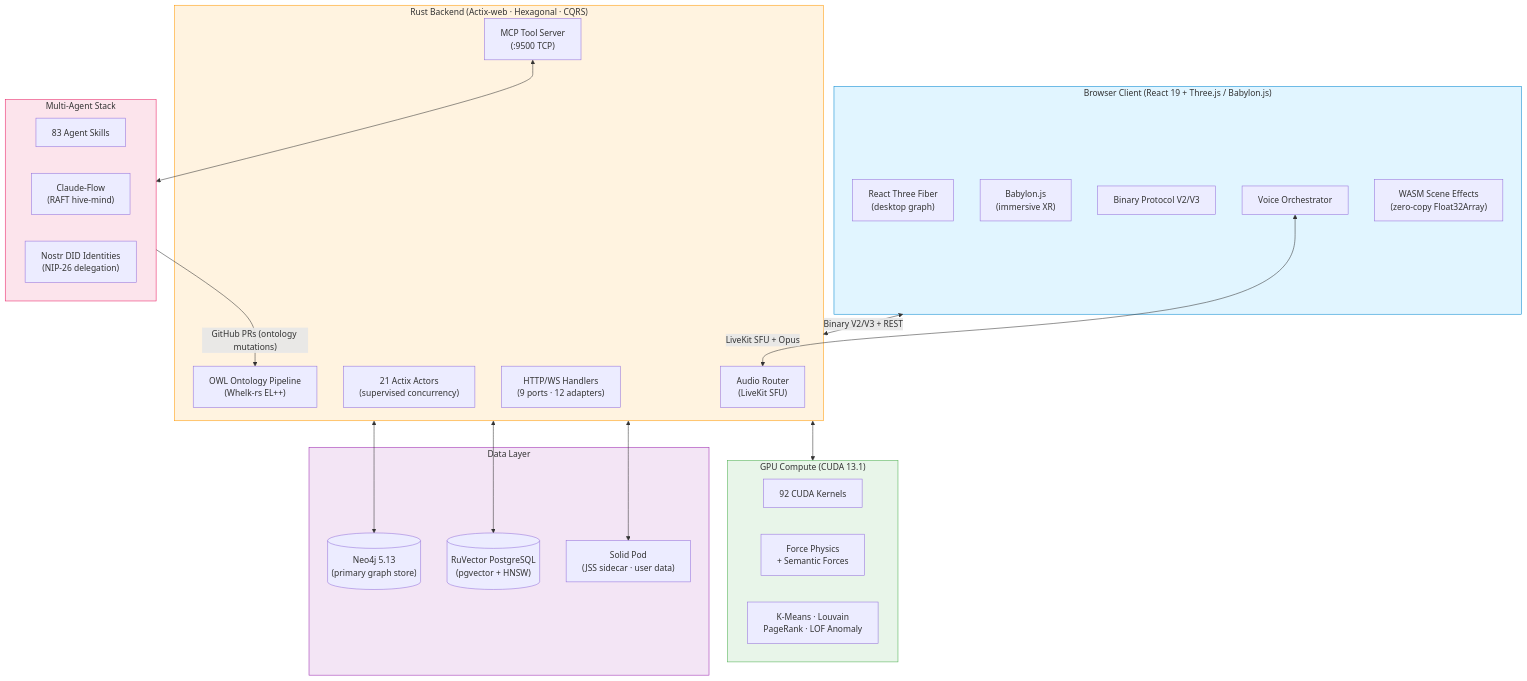
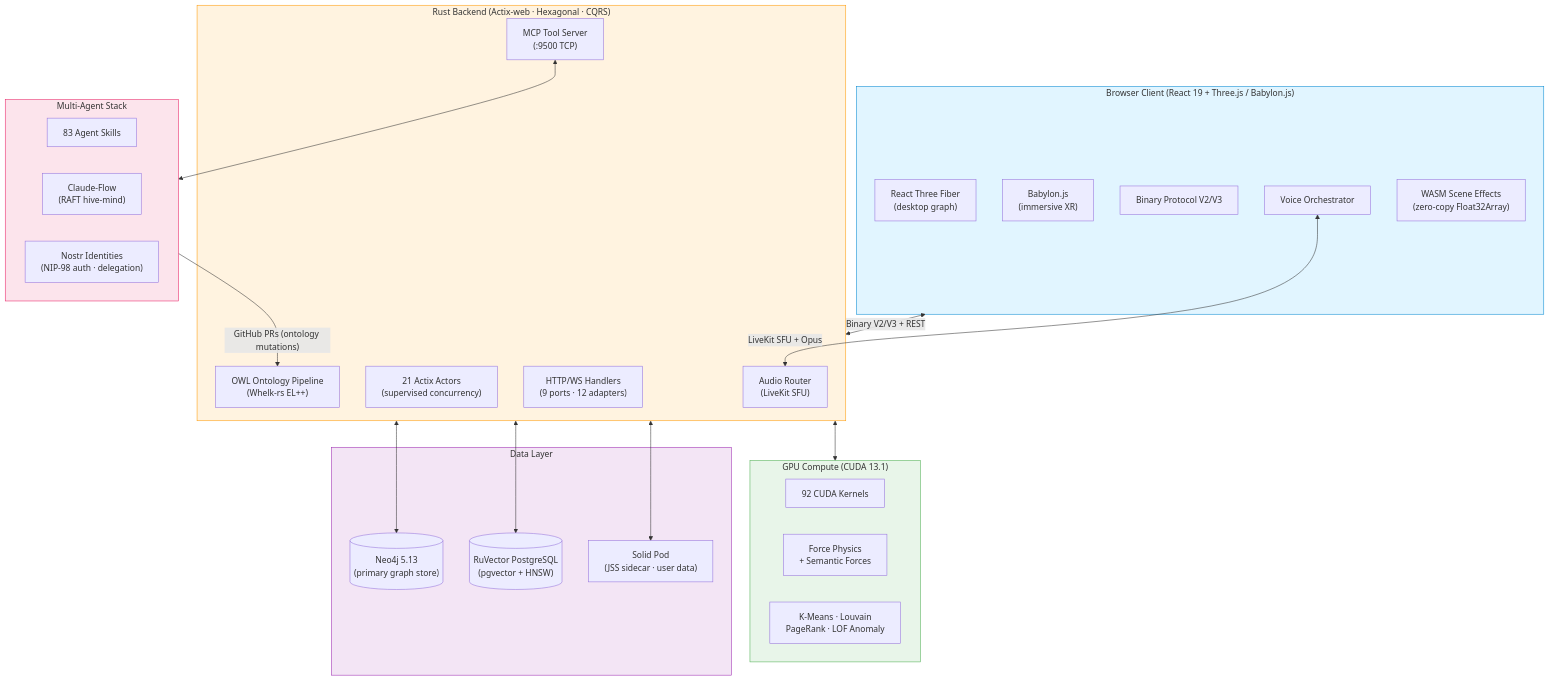
Before and after one commit to shaneholloman/logseq-spring-thing: the fourth of 5 diagrams in README.md, drawn with Mermaid. The commit also changed other lines of this file and 3 other files, not shown here.

````diff
--- a/README.md
+++ b/README.md
@@ -433,51 +451,51 @@
 ```mermaid
 flowchart TB
     subgraph Client["Browser Client (React 19 + Three.js / Babylon.js)"]
         R3F["React Three Fiber\n(desktop graph)"]
         BabylonXR["Babylon.js\n(immersive XR)"]
         BinProto["Binary Protocol V2/V3"]
         Voice["Voice Orchestrator"]
         WasmFX["WASM Scene Effects\n(zero-copy Float32Array)"]
     end
 
     subgraph Server["Rust Backend (Actix-web · Hexagonal · CQRS)"]
         Handlers["HTTP/WS Handlers\n(9 ports · 12 adapters)"]
         Actors["21 Actix Actors\n(supervised concurrency)"]
         Services["OWL Ontology Pipeline\n(Whelk-rs EL++)"]
         AudioRouter["Audio Router\n(LiveKit SFU)"]
         MCP["MCP Tool Server\n(:9500 TCP)"]
     end
 
     subgraph Data["Data Layer"]
         Neo4j[("Neo4j 5.13\n(primary graph store)")]
         RuVector[("RuVector PostgreSQL\n(pgvector + HNSW)")]
         Solid["Solid Pod\n(JSS sidecar · user data)"]
     end
 
     subgraph GPU["GPU Compute (CUDA 13.1)"]
         Kernels["92 CUDA Kernels"]
         Physics["Force Physics\n+ Semantic Forces"]
         Analytics["K-Means · Louvain\nPageRank · LOF Anomaly"]
     end
 
     subgraph Agents["Multi-Agent Stack"]
         Skills["83 Agent Skills"]
         ClaudeFlow["Claude-Flow\n(RAFT hive-mind)"]
-        NostrDID["Nostr DID Identities\n(NIP-26 delegation)"]
+        NostrDID["Nostr Identities\n(NIP-98 auth · delegation)"]
     end
 
     Client <-->|"Binary V2/V3 + REST"| Server
     Voice <-->|"LiveKit SFU + Opus"| AudioRouter
     Server <--> Neo4j
     Server <--> RuVector
     Server <--> Solid
     Server <--> GPU
     MCP <--> Agents
     Agents -->|"GitHub PRs (ontology mutations)"| Services
 
     style Client fill:#e1f5ff,stroke:#0288d1
     style Server fill:#fff3e0,stroke:#ff9800
     style Data fill:#f3e5f5,stroke:#9c27b0
     style GPU fill:#e8f5e9,stroke:#4caf50
     style Agents fill:#fce4ec,stroke:#e91e63
 ```
````
